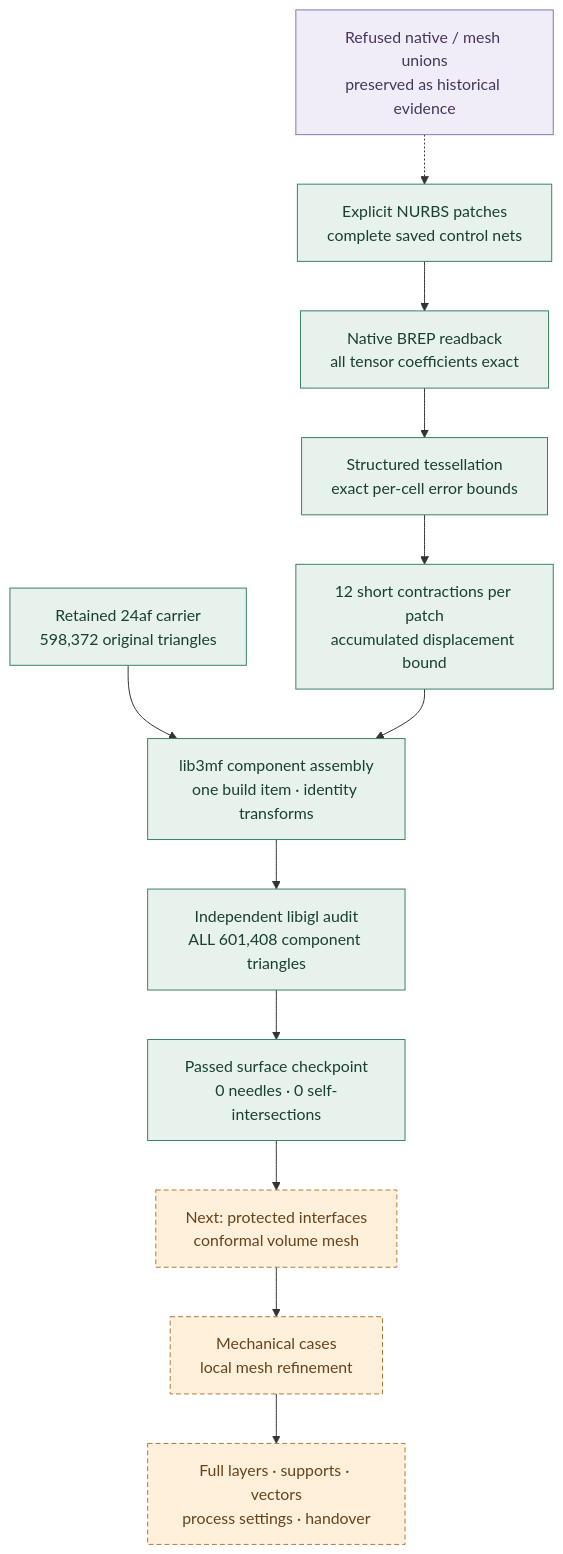
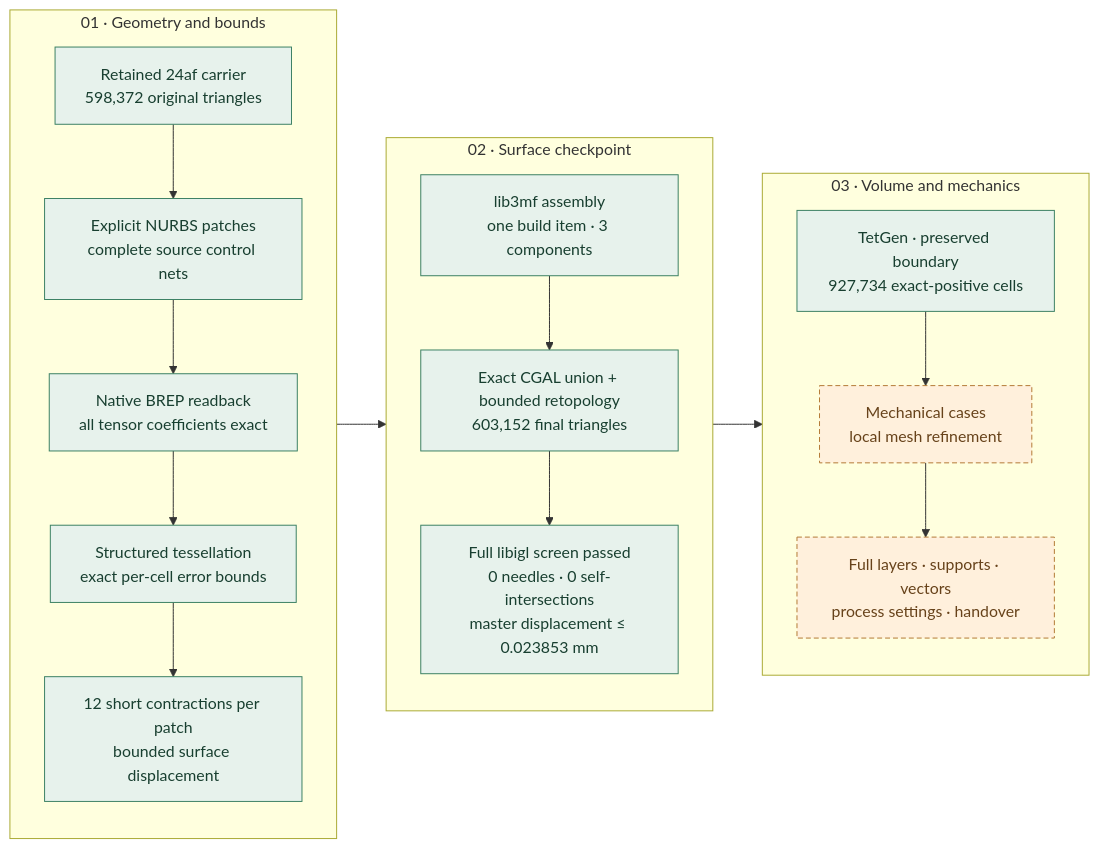
One commit to cluster2600/porscheparts changed the diagram in docs/reports/carrier-resume-20261020/README.md. Above: the diagram before and after it, drawn with Mermaid. The commit also changed other lines of this file and 147 other files, not shown here.

Commit message:
Add certified union retopology and preserved-boundary TetGen volume checkpoints

````diff
--- a/docs/reports/carrier-resume-20261020/README.md
+++ b/docs/reports/carrier-resume-20261020/README.md
@@ -57,22 +56,31 @@
 ```mermaid
-flowchart TD
-    P["Retained 24af carrier<br/>598,372 original triangles"]
-    N["Explicit NURBS patches<br/>complete saved control nets"]
-    N --> R["Native BREP readback<br/>all tensor coefficients exact"]
-    R --> B["Structured tessellation<br/>exact per-cell error bounds"]
-    B --> Q["12 short contractions per patch<br/>accumulated displacement bound"]
-    P --> A["lib3mf component assembly<br/>one build item · identity transforms"]
-    Q --> A
-    A --> I["Independent libigl audit<br/>ALL 601,408 component triangles"]
-    I --> S["Passed surface checkpoint<br/>0 needles · 0 self-intersections"]
-    S --> V["Next: protected interfaces<br/>conformal volume mesh"]
-    V --> F["Mechanical cases<br/>local mesh refinement"]
-    F --> L["Full layers · supports · vectors<br/>process settings · handover"]
-    X["Refused native / mesh unions<br/>preserved as historical evidence"] -.-> N
+flowchart LR
+    subgraph G["01 · Geometry and bounds"]
+        direction TB
+        P["Retained 24af carrier<br/>598,372 original triangles"]
+        N["Explicit NURBS patches<br/>complete source control nets"]
+        R["Native BREP readback<br/>all tensor coefficients exact"]
+        B["Structured tessellation<br/>exact per-cell error bounds"]
+        Q["12 short contractions per patch<br/>bounded surface displacement"]
+        P --> N --> R --> B --> Q
+    end
+    subgraph C["02 · Surface checkpoint"]
+        direction TB
+        A["lib3mf assembly<br/>one build item · 3 components"]
+        I["Exact CGAL union + bounded retopology<br/>603,152 final triangles"]
+        S["Full libigl screen passed<br/>0 needles · 0 self-intersections<br/>master displacement ≤ 0.023853 mm"]
+        A --> I --> S
+    end
+    subgraph D["03 · Volume and mechanics"]
+        direction TB
+        V["TetGen · preserved boundary<br/>927,734 exact-positive cells"]
+        F["Mechanical cases<br/>local mesh refinement"]
+        L["Full layers · supports · vectors<br/>process settings · handover"]
+        V --> F --> L
+    end
+    G --> C --> D
     classDef passed fill:#e7f2ec,stroke:#3b8063,color:#183f30;
     classDef next fill:#fff0dc,stroke:#b47a35,color:#67421a,stroke-dasharray:5 3;
-    classDef history fill:#f1edf8,stroke:#8b75a8,color:#46345e;
-    class P,N,R,B,Q,A,I,S passed;
-    class V,F,L next;
-    class X history;
+    class P,N,R,B,Q,A,I,S,V passed;
+    class F,L next;
 ```
````
